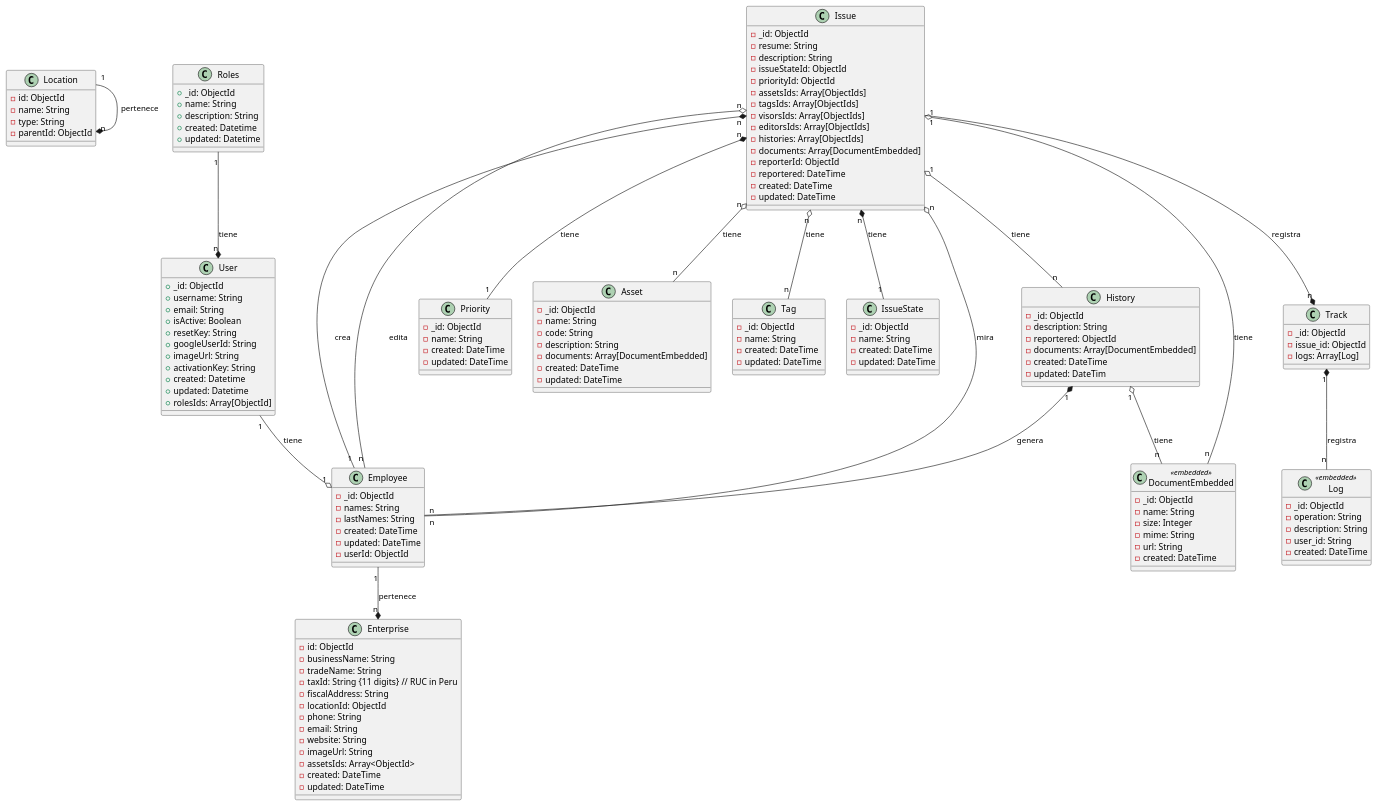
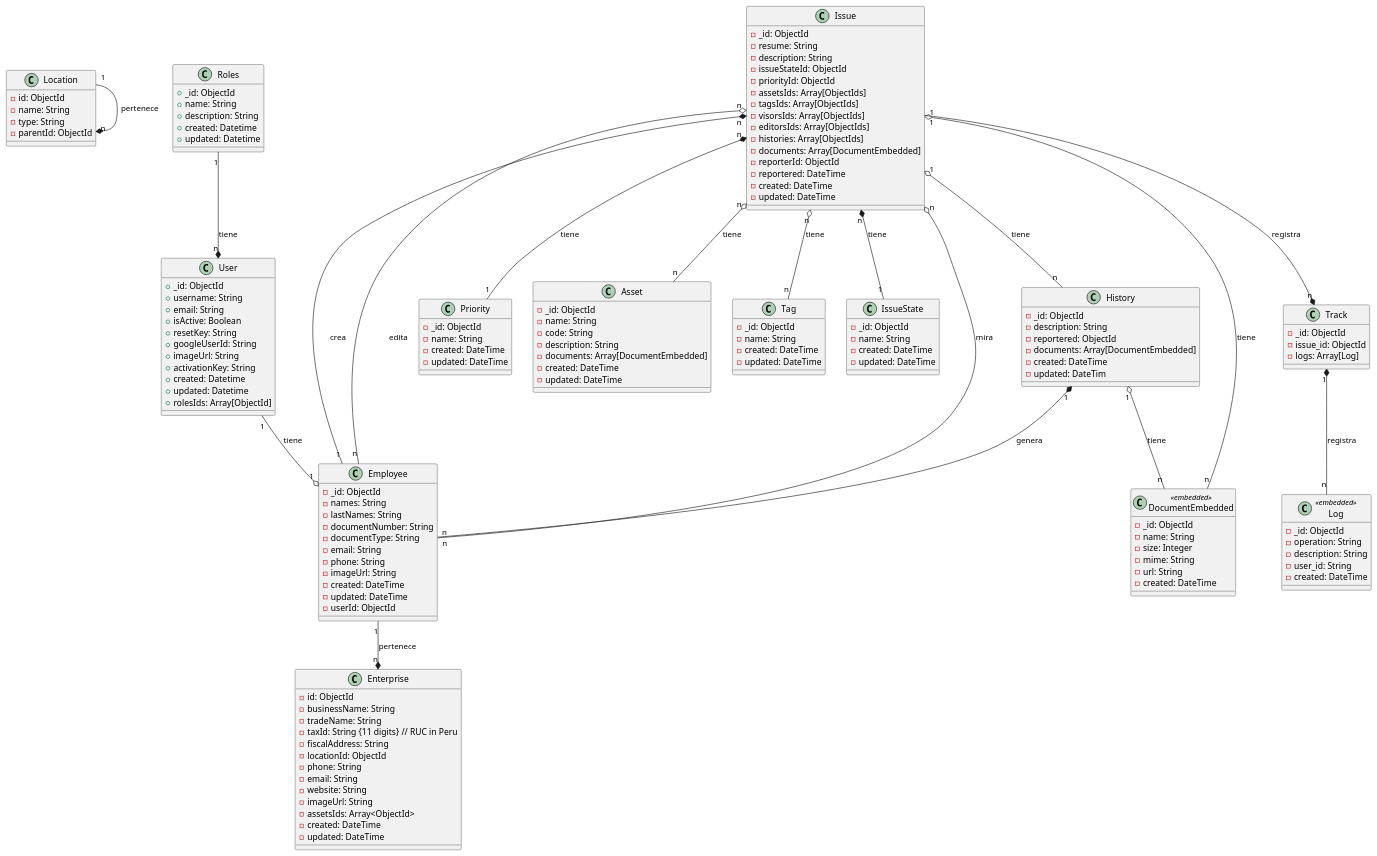
Before and after one commit to pepeul1191/django-mongodb-tickets: the diagram in docs/class diagram.puml, drawn with PlantUML. The commit also changed 11 other files, not shown here.

```diff
--- a/docs/class diagram.puml
+++ b/docs/class diagram.puml
@@ -1,159 +1,164 @@
 @startuml
 
 
 class Location {
   - id: ObjectId
   - name: String
   - type: String
   - parentId: ObjectId
 }
 
 Location "1" --* "n" Location : pertenece
 
 class Enterprise {
   - id: ObjectId
   - businessName: String
   - tradeName: String
   - taxId: String {11 digits} // RUC in Peru
   - fiscalAddress: String
   - locationId: ObjectId
   - phone: String
   - email: String
   - website: String
   - imageUrl: String
   - assetsIds: Array<ObjectId>
   - created: DateTime
   - updated: DateTime
 }
 
 class Employee {
   - _id: ObjectId
   - names: String
   - lastNames: String
+  - documentNumber: String
+  - documentType: String
+  - email: String
+  - phone: String
+  - imageUrl: String
   - created: DateTime
   - updated: DateTime
   - userId: ObjectId
 }
 
 Employee "1" --* "n" Enterprise : pertenece
 
 class Priority {
   - _id: ObjectId
   - name: String
   - created: DateTime
   - updated: DateTime
 }
 
 class Asset {
   - _id: ObjectId
   - name: String
   - code: String
   - description: String
   - documents: Array[DocumentEmbedded]
   - created: DateTime
   - updated: DateTime
 }
 
 class Tag{
   - _id: ObjectId
   - name: String
   - created: DateTime
   - updated: DateTime
 }
 
 class IssueState {
   - _id: ObjectId
   - name: String
   - created: DateTime
   - updated: DateTime
 }
 
 class Issue {
   - _id: ObjectId
   - resume: String
   - description: String
   - issueStateId: ObjectId
   - priorityId: ObjectId
   - assetsIds: Array[ObjectIds]
   - tagsIds: Array[ObjectIds]
   - visorsIds: Array[ObjectIds]
   - editorsIds: Array[ObjectIds]
   - histories: Array[ObjectIds]
   - documents: Array[DocumentEmbedded]
   - reporterId: ObjectId
   - reportered: DateTime
   - created: DateTime
   - updated: DateTime
 }
 
 class History {
   - _id: ObjectId
   - description: String
   - reportered: ObjectId
   - documents: Array[DocumentEmbedded]
   - created: DateTime
   - updated: DateTim
 }
 
 class DocumentEmbedded <<embedded>>{
   - _id: ObjectId
   - name: String
   - size: Integer
   - mime: String
   - url: String
   - created: DateTime
 }
 
 class Track {
   - _id: ObjectId
   - issue_id: ObjectId
   - logs: Array[Log]
 }
 
 class Log <<embedded>>{
   - _id: ObjectId
   - operation: String
   - description: String
   - user_id: String
   - created: DateTime
 }
 
 class User {
   + _id: ObjectId
   + username: String
   + email: String
   + isActive: Boolean
   + resetKey: String
   + googleUserId: String
   + imageUrl: String
   + activationKey: String
   + created: Datetime
   + updated: Datetime
   + rolesIds: Array[ObjectId]
 }
 
 class Roles {
   + _id: ObjectId
   + name: String
   + description: String
   + created: Datetime
   + updated: Datetime
 }
 
 Issue "n" *-- "1" Employee : crea
 Issue "n" o-- "n" Employee : mira
 Issue "n" o-- "n" Employee : edita
 Issue "n" *-- "1" IssueState : tiene
 Issue "n" *-- "1" Priority : tiene
 Issue "n" o-- "n" Asset : tiene
 Issue "n" o-- "n" Tag : tiene
 Issue "1" o-- "n" History : tiene
 Issue "1" o-- "n" DocumentEmbedded : tiene
 History "1" o-- "n" DocumentEmbedded : tiene
 History "1" *-- "n" Employee : genera
 Track "1" *-- "n" Log : registra
 Issue "1" --* "n" Track : registra
 Roles "1" --* "n" User : tiene
 User "1" --o "1" Employee : tiene
 
 @enduml
```
